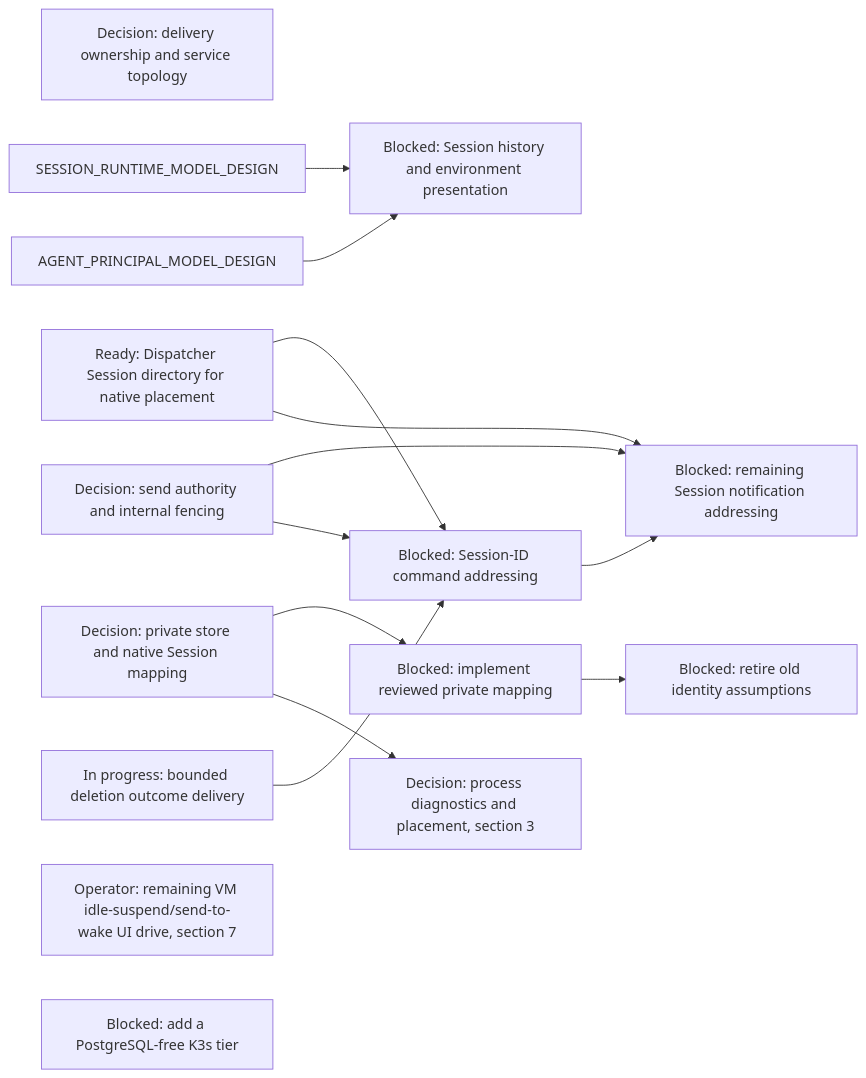
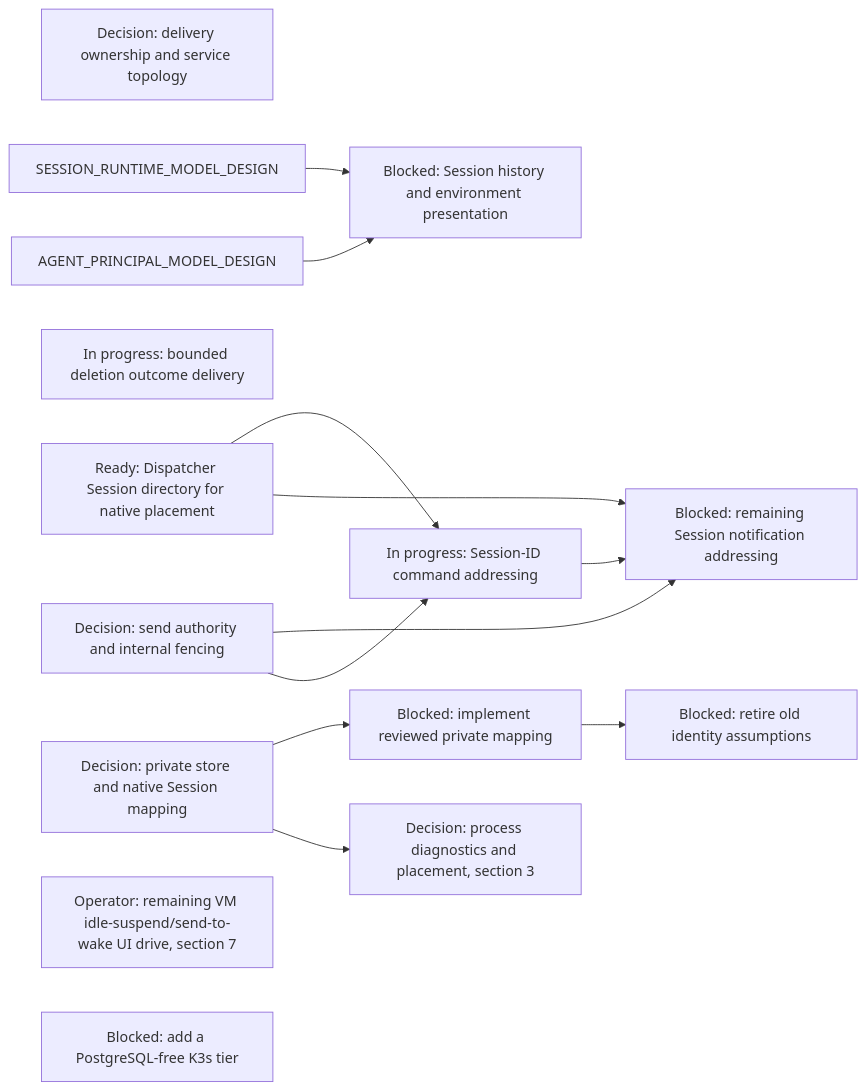
One commit to agentydragon/ducktape changed diagram 14 of 17 in agentplane/plans/task_dag.md. Above: the diagram before and after it, drawn with Mermaid. The commit also changed other lines of this file and 30 other files, not shown here.

````diff
--- a/agentplane/plans/task_dag.md
+++ b/agentplane/plans/task_dag.md
@@ -2044,27 +2044,26 @@
 ```mermaid
 flowchart LR
     DISPATCHER_PERSISTENCE_MODEL_DESIGN[Decision: delivery ownership and service topology]
     SESSION_DIRECTORY_NATIVE[Ready: Dispatcher Session directory for native placement]
     DELIVERY_DESTINATION_AUTHORITY_DESIGN[Decision: send authority and internal fencing]
     SESSION_DELETION_FENCE[In progress: bounded deletion outcome delivery]
-    DELIVERY_DESTINATION_CONTRACT[Blocked: Session-ID command addressing]
+    DELIVERY_DESTINATION_CONTRACT[In progress: Session-ID command addressing]
     SESSION_NOTIFICATION_ADDRESS[Blocked: remaining Session notification addressing]
     SESSION_HISTORY_PRESENTATION[Blocked: Session history and environment presentation]
     SESSION_DIRECTORY_NATIVE --> DELIVERY_DESTINATION_CONTRACT
     SESSION_DIRECTORY_NATIVE --> SESSION_NOTIFICATION_ADDRESS
     DELIVERY_DESTINATION_AUTHORITY_DESIGN --> SESSION_NOTIFICATION_ADDRESS
     DELIVERY_DESTINATION_CONTRACT --> SESSION_NOTIFICATION_ADDRESS
     SESSION_RUNTIME_MODEL_DESIGN --> SESSION_HISTORY_PRESENTATION
     AGENT_PRINCIPAL_MODEL_DESIGN --> SESSION_HISTORY_PRESENTATION
     HARNESS_IDENTITY_DESIGN[Decision: private store and native Session mapping]
     RUNNER_STORE_SESSION_IDENTITY[Blocked: implement reviewed private mapping]
     RUNNER_IDENTITY_LEGACY_CLEANUP[Blocked: retire old identity assumptions]
     IDLE_SUSPEND_UI_DRIVE[Operator: remaining VM idle-suspend/send-to-wake UI drive, section 7]
     RUNNER_HARNESS_OBJECTS_DESIGN[Decision: process diagnostics and placement, section 3]
     CNPG_FREE_K3S_INTEGRATION_TIER[Blocked: add a PostgreSQL-free K3s tier]
     DELIVERY_DESTINATION_AUTHORITY_DESIGN --> DELIVERY_DESTINATION_CONTRACT
-    SESSION_DELETION_FENCE --> DELIVERY_DESTINATION_CONTRACT
     RUNNER_STORE_SESSION_IDENTITY --> RUNNER_IDENTITY_LEGACY_CLEANUP
     HARNESS_IDENTITY_DESIGN --> RUNNER_STORE_SESSION_IDENTITY
     HARNESS_IDENTITY_DESIGN --> RUNNER_HARNESS_OBJECTS_DESIGN
 ```
````
